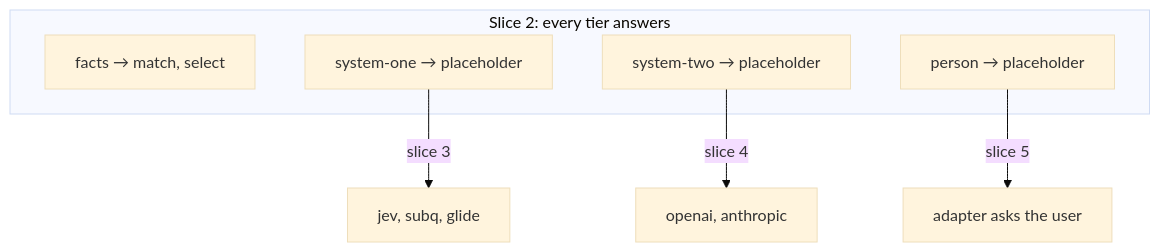
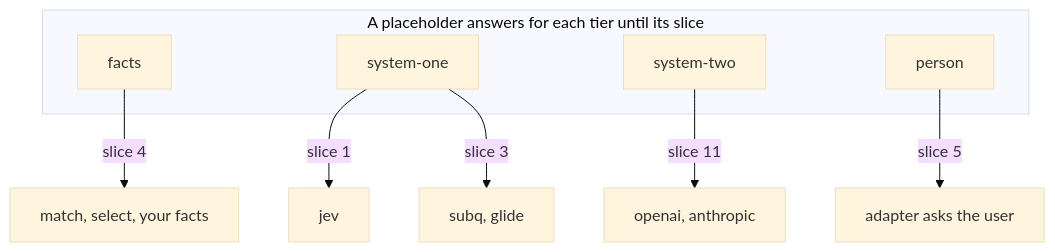
Before and after one commit to StevenJPx2/chauffeur: the ninth of 16 diagrams in docs/plans/pluggability.md, drawn with Mermaid (base theme). The commit also changed other lines of this file and 22 other files, not shown here.

````diff
--- a/docs/plans/pluggability.md
+++ b/docs/plans/pluggability.md
@@ -527,12 +542,14 @@
 ```mermaid
 flowchart TB
-    subgraph Slice2["Slice 2: every tier answers"]
-        F["facts → match, select"]
-        One["system-one → placeholder"]
-        Two["system-two → placeholder"]
-        P["person → placeholder"]
+    subgraph Stand["A placeholder answers for each tier until its slice"]
+        F["facts"]
+        One["system-one"]
+        Two["system-two"]
+        P["person"]
     end
-    One -- "slice 3" --> Jev["jev, subq, glide"]
-    Two -- "slice 4" --> Rev["openai, anthropic"]
+    One -- "slice 1" --> Jev["jev"]
+    One -- "slice 3" --> More["subq, glide"]
+    F -- "slice 4" --> Facts["match, select, your facts"]
     P -- "slice 5" --> Host["adapter asks the user"]
+    Two -- "slice 11" --> Rev["openai, anthropic"]
 ```
````
